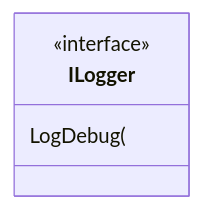
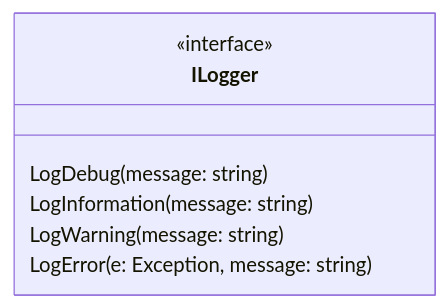
One commit to zeng-dong/SixingAround changed the fifth of 5 diagrams in WebApiFundamentals/CityInfo.Api/test.md. Above: the diagram before and after it, drawn with Mermaid.

````diff
--- a/WebApiFundamentals/CityInfo.Api/test.md
+++ b/WebApiFundamentals/CityInfo.Api/test.md
@@ -45,7 +45,10 @@
 ```mermaid
 classDiagram
     class ILogger {
         <<interface>>
-        LogDebug(
+        LogDebug(message: string)
+        LogInformation(message: string)
+        LogWarning(message: string)
+        LogError(e: Exception,  message: string)
     }
 ```
````
